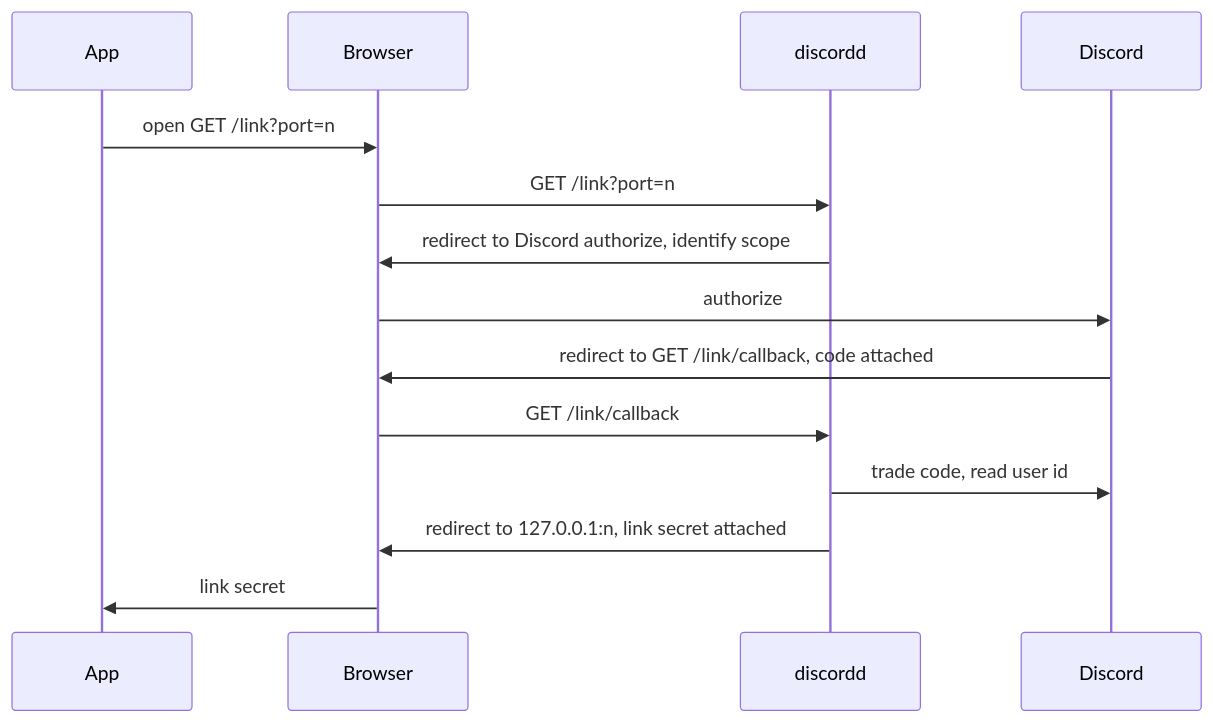
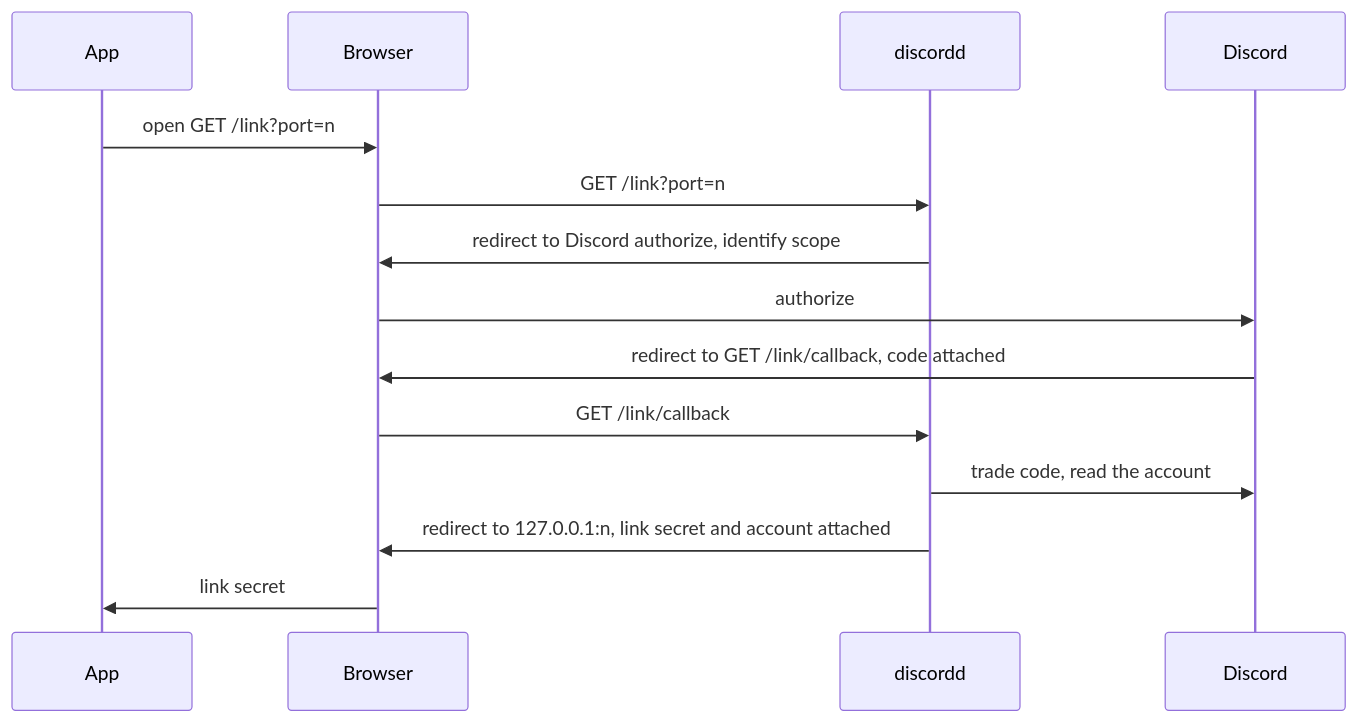
The first of 3 diagrams in docs/discord-mode.md (bjoern621/screen-sharing), drawn with Mermaid before and after one commit. The commit also changed other lines of this file and 17 other files, not shown here.

First line of the commit message:
Name the linked account where the app states the link

````diff
--- a/docs/discord-mode.md
+++ b/docs/discord-mode.md
@@ -25,17 +25,17 @@
 ```mermaid
 sequenceDiagram
     participant A as App
     participant B as Browser
     participant D as discordd
     participant O as Discord
 
     A->>B: open GET /link?port=n
     B->>D: GET /link?port=n
     D->>B: redirect to Discord authorize, identify scope
     B->>O: authorize
     O->>B: redirect to GET /link/callback, code attached
     B->>D: GET /link/callback
-    D->>O: trade code, read user id
-    D->>B: redirect to 127.0.0.1:n, link secret attached
+    D->>O: trade code, read the account
+    D->>B: redirect to 127.0.0.1:n, link secret and account attached
     B->>A: link secret
 ```
````
